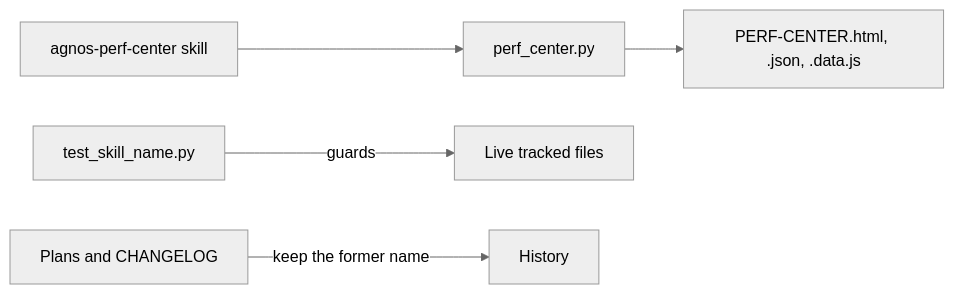
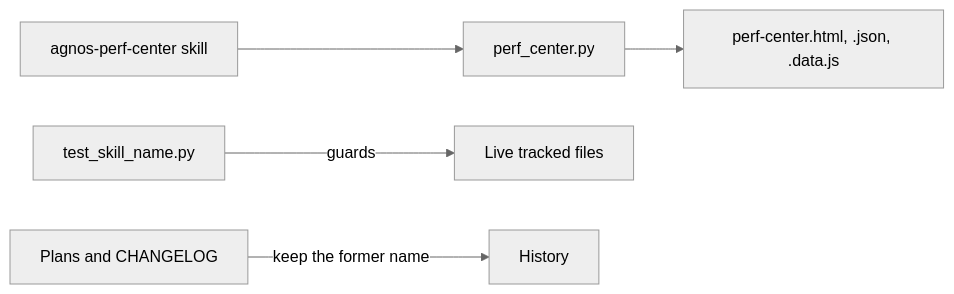
The diagram in agnos-process/2.architecture/ADR-TRC-013-perf-center-name.md (spashx/agnos), drawn with Mermaid (neutral theme) before and after one commit. The commit also changed other lines of this file and 16 other files, not shown here.

Commit message:
docs(TRC): ADR-TRC-025/TASK-TRC-130 document graph explorer feature, decisions and plan; align graph path and lowercase perf center names

````diff
--- a/agnos-process/2.architecture/ADR-TRC-013-perf-center-name.md
+++ b/agnos-process/2.architecture/ADR-TRC-013-perf-center-name.md
@@ -32,7 +33,7 @@
 ```mermaid
 flowchart LR
   S[agnos-perf-center skill] --> G[perf_center.py]
-  G --> P[PERF-CENTER.html, .json, .data.js]
+  G --> P[perf-center.html, .json, .data.js]
   T[test_skill_name.py] -->|guards| L[Live tracked files]
   H[Plans and CHANGELOG] -->|keep the former name| R[History]
 ```
````
